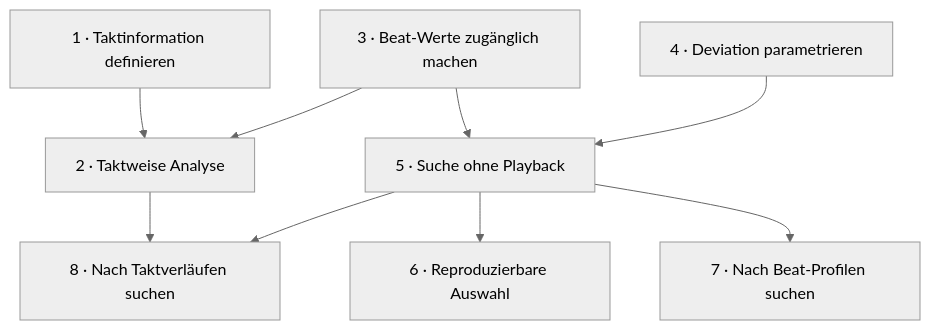
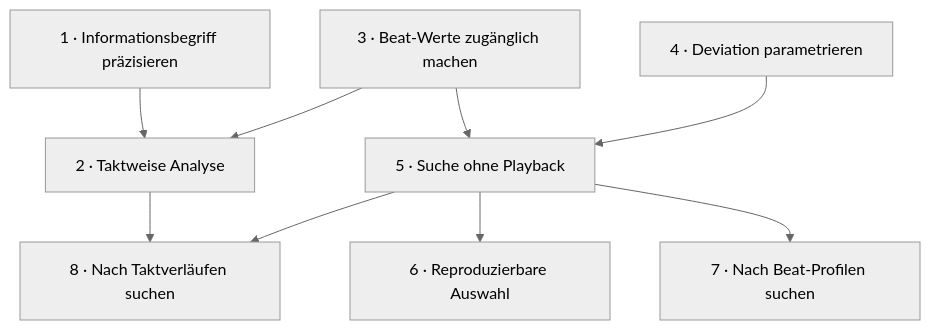
One commit to inkSence/Syrincs changed the diagram in doc/rhythm-generator/projektentwurf/projekt.md. Above: the diagram before and after it, drawn with Mermaid (neutral theme). The commit also changed other lines of this file and 8 other files, not shown here.

````diff
--- a/doc/rhythm-generator/projektentwurf/projekt.md
+++ b/doc/rhythm-generator/projektentwurf/projekt.md
@@ -60,11 +60,11 @@
 ```mermaid
 flowchart TD
-    A["1 · Taktinformation definieren"] --> B["2 · Taktweise Analyse"]
+    A["1 · Informationsbegriff präzisieren"] --> B["2 · Taktweise Analyse"]
     C["3 · Beat-Werte zugänglich machen"] --> B
     C --> E["5 · Suche ohne Playback"]
     D["4 · Deviation parametrieren"] --> E
     E --> F["6 · Reproduzierbare Auswahl"]
     E --> G["7 · Nach Beat-Profilen suchen"]
     B --> H["8 · Nach Taktverläufen suchen"]
     E --> H
 ```
````
